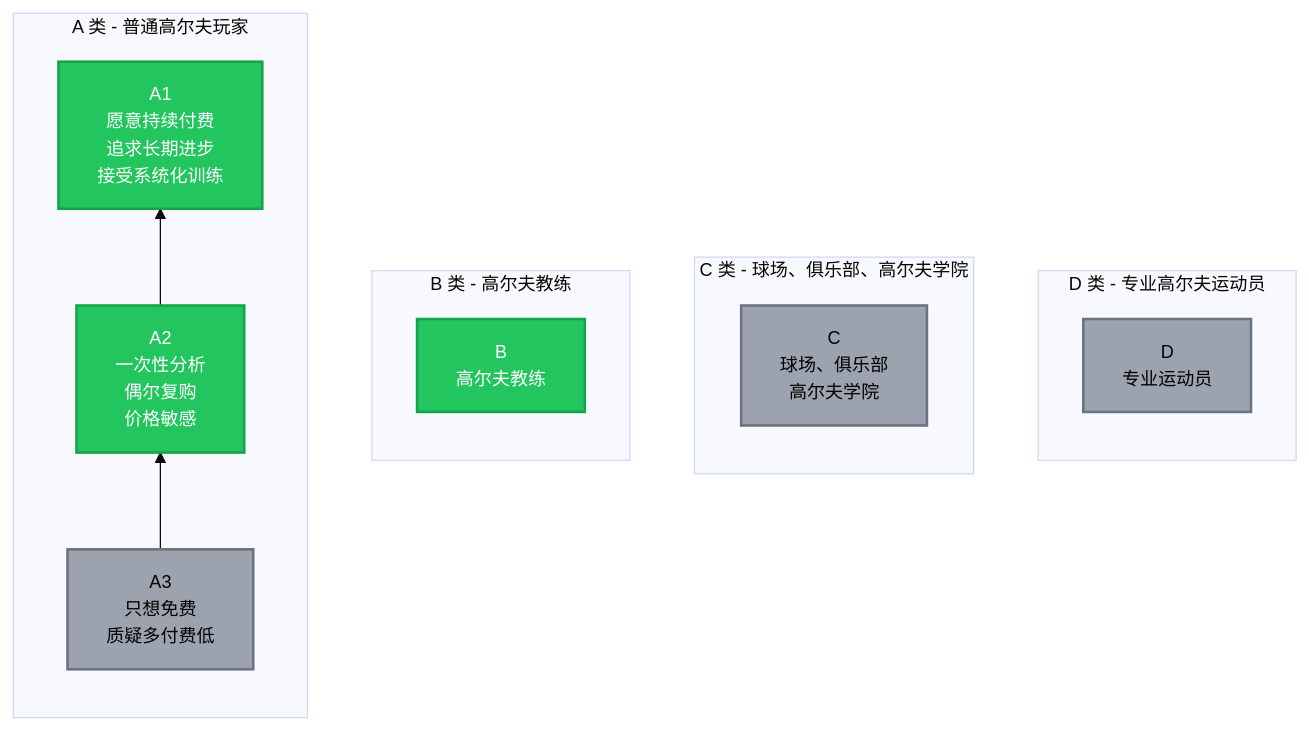
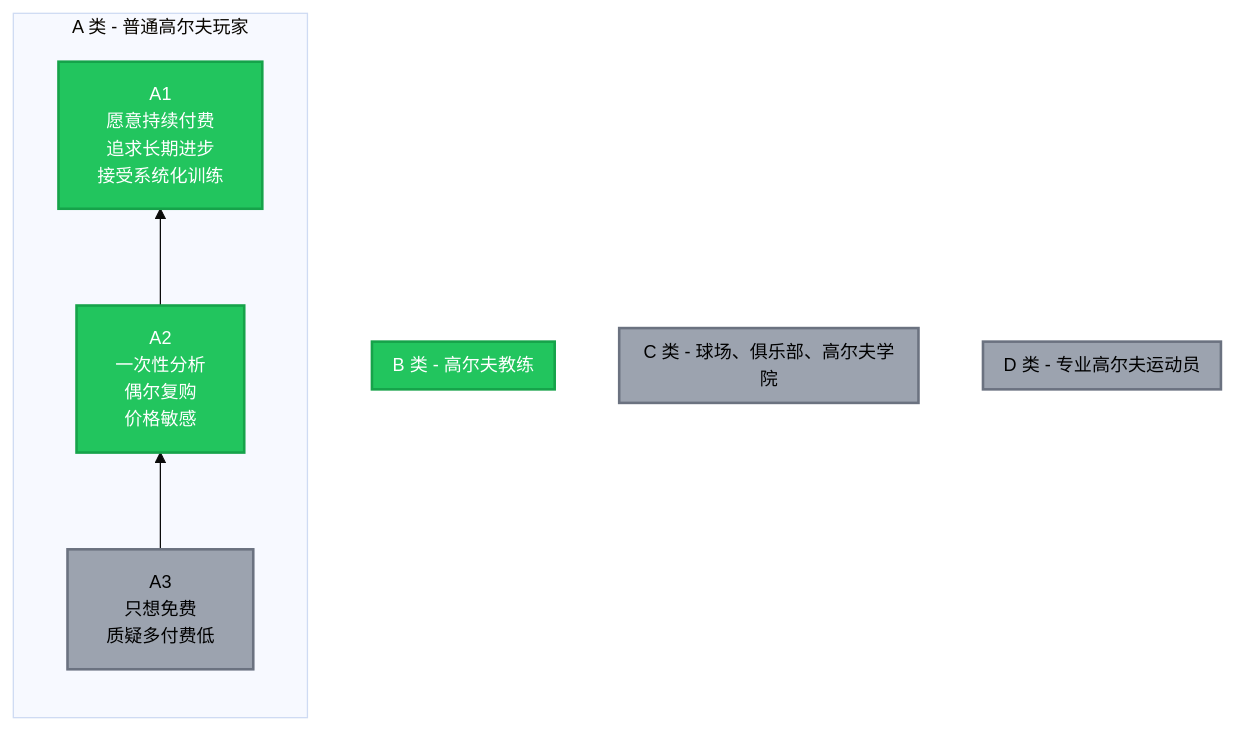
Before and after one commit to movement-chain-ai/movement-chain-docs: the diagram in docs/zh/product/user-personas.md, drawn with Mermaid.

Commit message:
简化用户分层图：移除B/C/D内部节点
直接使用subgraph标题显示类别名称，不再重复创建内部节点

🤖 Generated with [Claude Code](https://claude.com/claude-code)

````diff
--- a/docs/zh/product/user-personas.md
+++ b/docs/zh/product/user-personas.md
@@ -7,35 +7,32 @@
 ```mermaid
 %%{init: {'theme': 'base', 'themeVariables': { 'fontSize': '14px'}}}%%
 graph LR
     subgraph A ["A 类 - 普通高尔夫玩家"]
         direction BT
         A3[" A3 <br/>只想免费<br/>质疑多付费低"]
         A2[" A2 <br/>一次性分析<br/>偶尔复购<br/>价格敏感"]
         A1[" A1 <br/>愿意持续付费<br/>追求长期进步<br/>接受系统化训练"]
         A3 --> A2
         A2 --> A1
     end
 
     subgraph B ["B 类 - 高尔夫教练"]
-        B1[" B <br/>高尔夫教练"]
     end
 
     subgraph C ["C 类 - 球场、俱乐部、高尔夫学院"]
-        C1[" C <br/>球场、俱乐部<br/>高尔夫学院"]
     end
 
     subgraph D ["D 类 - 专业高尔夫运动员"]
-        D1[" D <br/>专业运动员"]
     end
 
     A ~~~ B
     B ~~~ C
     C ~~~ D
 
     style A1 fill:#22c55e,color:#fff,stroke:#16a34a,stroke-width:2px
     style A2 fill:#22c55e,color:#fff,stroke:#16a34a,stroke-width:2px
     style A3 fill:#9ca3af,color:#000,stroke:#6b7280,stroke-width:2px
-    style B1 fill:#22c55e,color:#fff,stroke:#16a34a,stroke-width:2px
-    style C1 fill:#9ca3af,color:#000,stroke:#6b7280,stroke-width:2px
-    style D1 fill:#9ca3af,color:#000,stroke:#6b7280,stroke-width:2px
+    style B fill:#22c55e,color:#fff,stroke:#16a34a,stroke-width:2px
+    style C fill:#9ca3af,color:#000,stroke:#6b7280,stroke-width:2px
+    style D fill:#9ca3af,color:#000,stroke:#6b7280,stroke-width:2px
 ```
````
